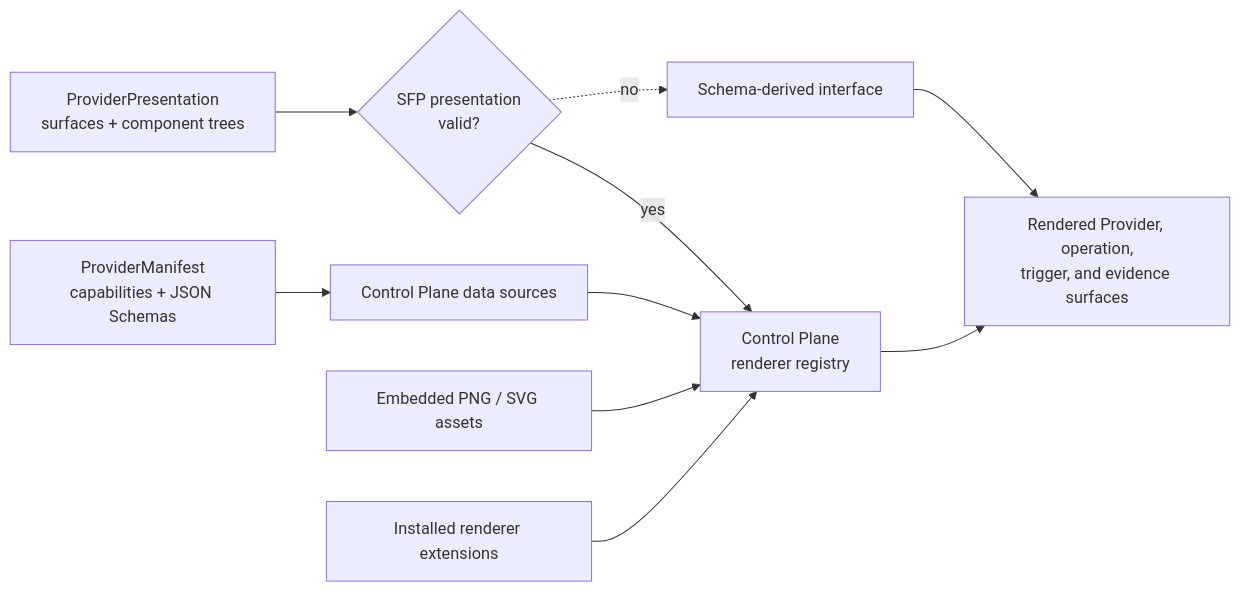
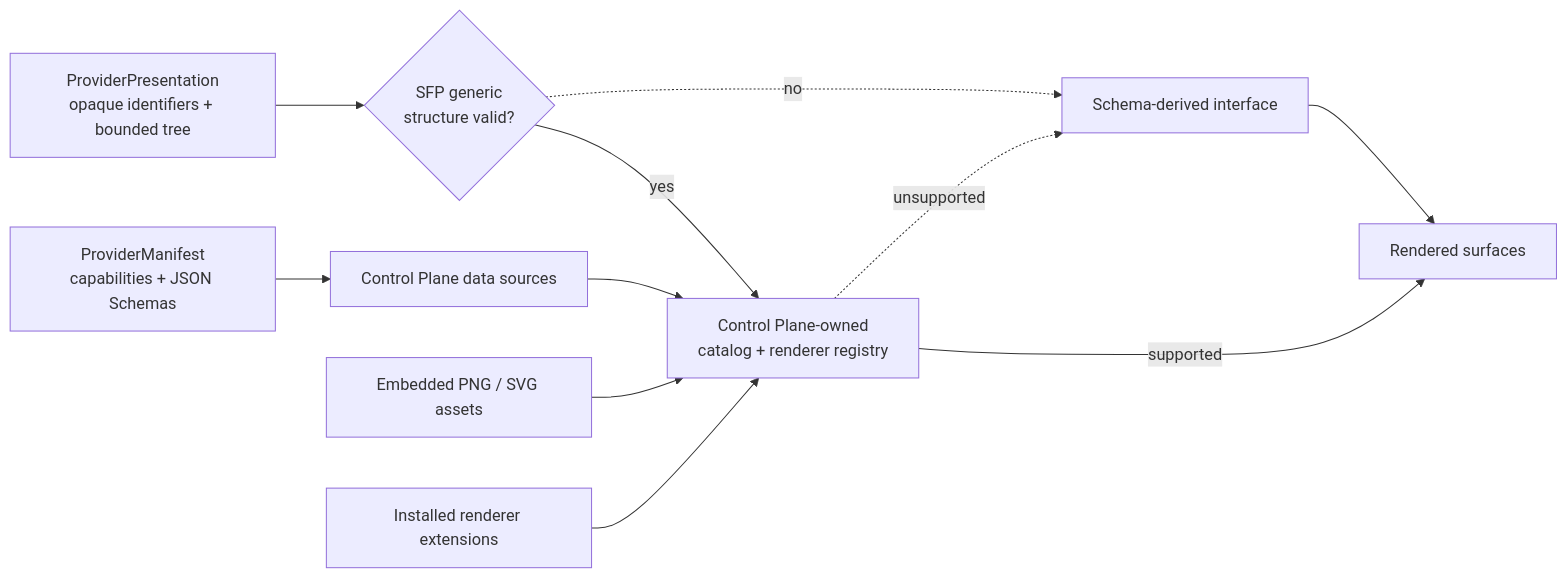
One commit to stateforge-org/stateforge-protocol changed the first of 2 diagrams in docs/v0.1.0/procedures/provider-presentation.md. Above: the diagram before and after it, drawn with Mermaid. The commit also changed other lines of this file and 9 other files, not shown here.

Commit message:
fix(manifest): leave renderer catalog to control plane

````diff
--- a/docs/v0.1.0/procedures/provider-presentation.md
+++ b/docs/v0.1.0/procedures/provider-presentation.md
@@ -15,12 +15,13 @@
 ```mermaid
 flowchart LR
     Manifest["ProviderManifest<br/>capabilities + JSON Schemas"] --> Sources["Control Plane data sources"]
-    Presentation["ProviderPresentation<br/>surfaces + component trees"] --> Validate{"SFP presentation<br/>valid?"}
-    Validate -->|yes| Registry["Control Plane<br/>renderer registry"]
+    Presentation["ProviderPresentation<br/>opaque identifiers + bounded tree"] --> Validate{"SFP generic<br/>structure valid?"}
+    Validate -->|yes| Registry["Control Plane-owned<br/>catalog + renderer registry"]
     Validate -.->|no| Defaults["Schema-derived interface"]
     Sources --> Registry
     Assets["Embedded PNG / SVG assets"] --> Registry
     Extensions["Installed renderer extensions"] --> Registry
-    Registry --> Render["Rendered Provider, operation,<br/>trigger, and evidence surfaces"]
+    Registry -->|supported| Render["Rendered surfaces"]
+    Registry -.->|unsupported| Defaults
     Defaults --> Render
 ```
````
